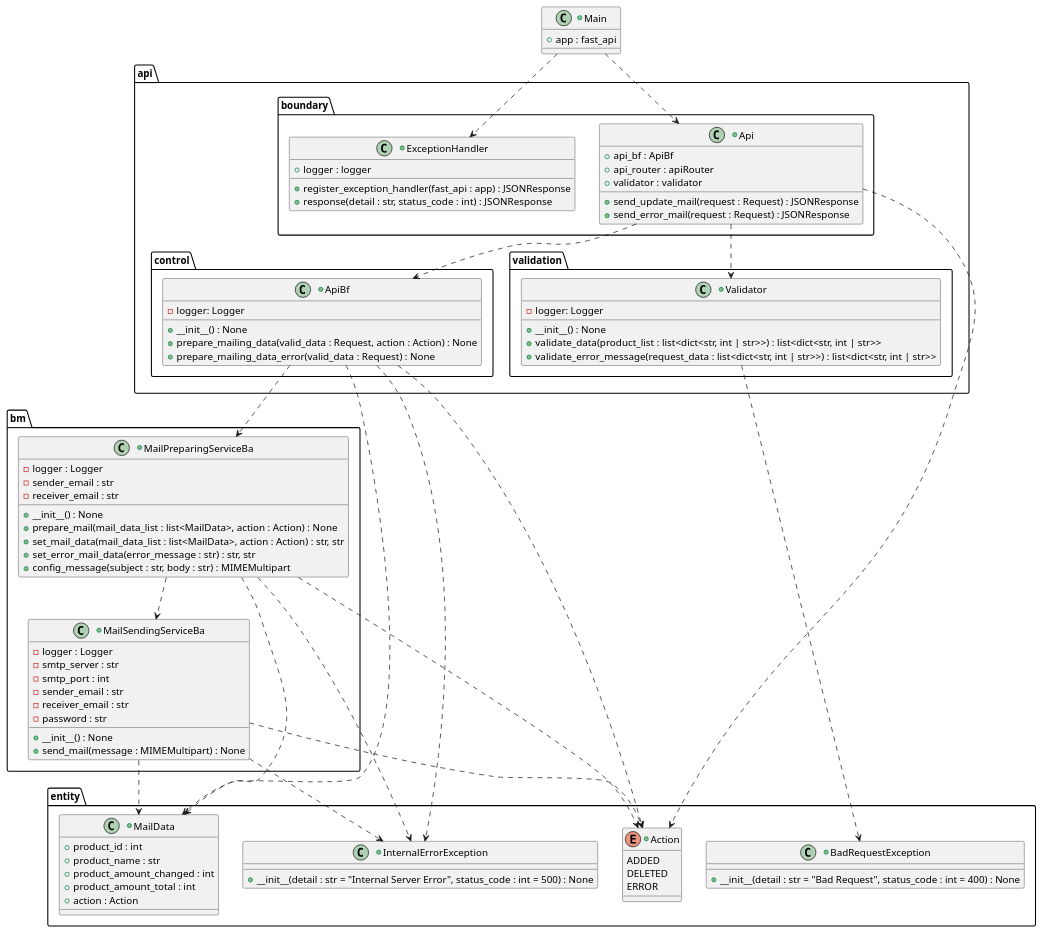
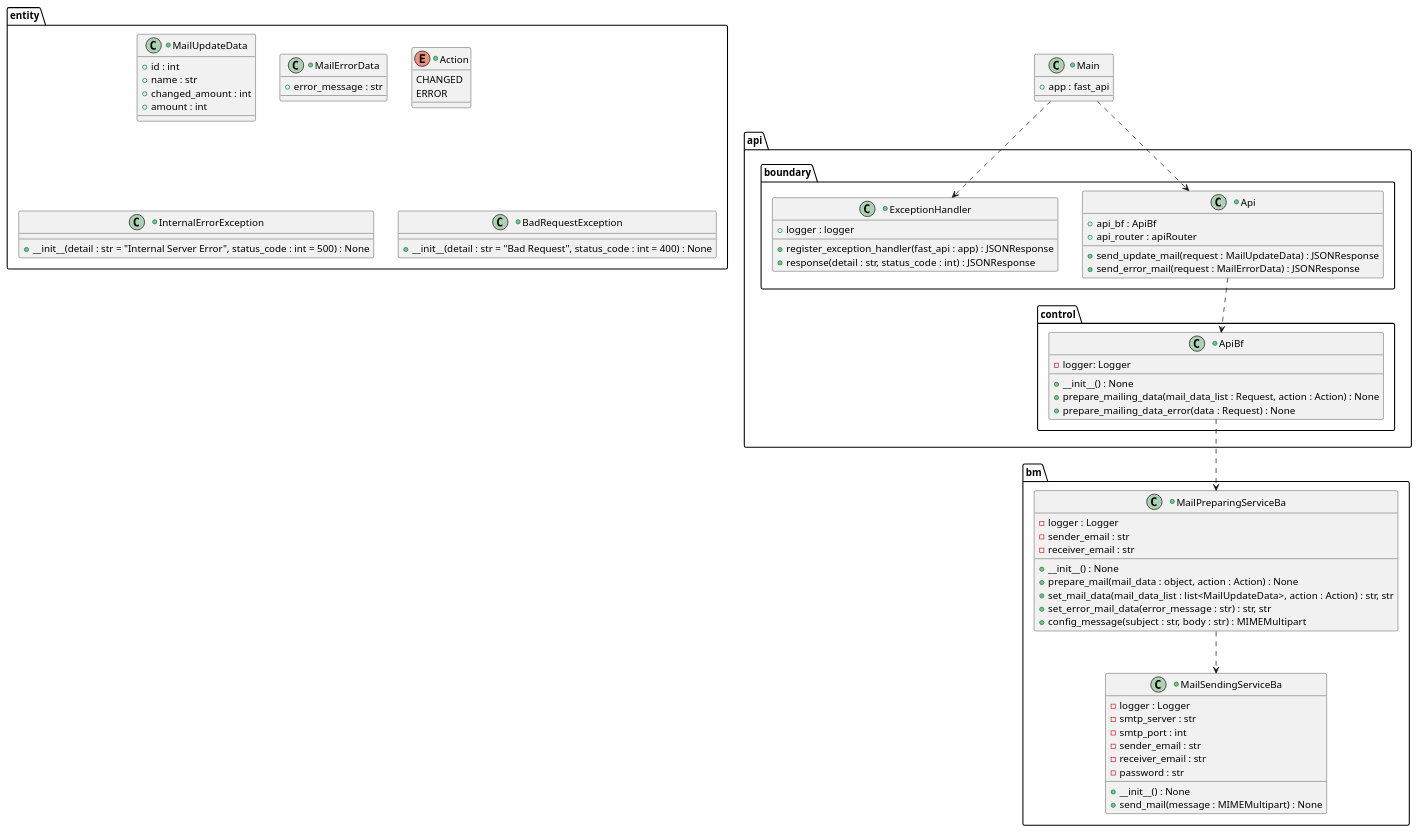
Before and after one commit to Marcey1611/stock-tracker-project-sysad-ws2425: the diagram in doc/documentation/mailingService/classDiagram.puml, drawn with PlantUML.

Commit message:
SYSAD-77: Updated Mailing Service Docu to latest changes

```diff
--- a/doc/documentation/mailingService/classDiagram.puml
+++ b/doc/documentation/mailingService/classDiagram.puml
@@ -1,119 +1,96 @@
 @startuml
 
 package api {
     package boundary {
         +class Api {
             +api_bf : ApiBf
             +api_router : apiRouter
-            +validator : validator
 
-            +send_update_mail(request : Request) : JSONResponse
-            +send_error_mail(request : Request) : JSONResponse
+            +send_update_mail(request : MailUpdateData) : JSONResponse
+            +send_error_mail(request : MailErrorData) : JSONResponse
         }
 
         +class ExceptionHandler {
             +logger : logger
 
             +register_exception_handler(fast_api : app) : JSONResponse
             +response(detail : str, status_code : int) : JSONResponse
         }
     }
 
     package control {
         +class ApiBf {
             - logger: Logger
 
             +__init__() : None
-            +prepare_mailing_data(valid_data : Request, action : Action) : None
-            +prepare_mailing_data_error(valid_data : Request) : None
-        }
-    }
-
-    package validation {
-        +class Validator {
-            - logger: Logger
-
-            + __init__() : None
-            + validate_data(product_list : list<dict<str, int | str>>) : list<dict<str, int | str>>
-            + validate_error_message(request_data : list<dict<str, int | str>>) : list<dict<str, int | str>>
+            +prepare_mailing_data(mail_data_list : Request, action : Action) : None
+            +prepare_mailing_data_error(data : Request) : None
         }
     }
 }
 
 package bm {
     +class MailPreparingServiceBa {
         - logger : Logger
         - sender_email : str
         - receiver_email : str
 
         + __init__() : None
-        + prepare_mail(mail_data_list : list<MailData>, action : Action) : None
-        + set_mail_data(mail_data_list : list<MailData>, action : Action) : str, str
+        + prepare_mail(mail_data : object, action : Action) : None
+        + set_mail_data(mail_data_list : list<MailUpdateData>, action : Action) : str, str
         + set_error_mail_data(error_message : str) : str, str
         + config_message(subject : str, body : str) : MIMEMultipart
     }
     +class MailSendingServiceBa {
         - logger : Logger
         - smtp_server : str
         - smtp_port : int
         - sender_email : str
         - receiver_email : str
         - password : str
 
         + __init__() : None
         + send_mail(message : MIMEMultipart) : None
     }
 }
 
 package entity {
-    +class MailData {
-        + product_id : int
-        + product_name : str
-        + product_amount_changed : int
-        + product_amount_total : int
-        + action : Action
+    +class MailUpdateData {
+        + id : int
+        + name : str
+        + changed_amount : int
+        + amount : int
+    }
+
+    +class MailErrorData {
+        + error_message : str
     }
 
     +enum Action {
-        ADDED
-        DELETED
+        CHANGED
         ERROR
     }
 
     +class InternalErrorException {
         + __init__(detail : str = "Internal Server Error", status_code : int = 500) : None
     }
 
     +class BadRequestException {
         +__init__(detail : str = "Bad Request", status_code : int = 400) : None
     }
 }
 
 +class Main {
     +app : fast_api
 }
 
 Main ..> ExceptionHandler
 Main ..> Api
 
-Api ..> Validator
 Api ..> ApiBf
-Api ..> Action
 
-ApiBf ..> MailData
 ApiBf ..> MailPreparingServiceBa
-ApiBf ..> InternalErrorException
-ApiBf ..> Action
-
-Validator ..> BadRequestException
 
 MailPreparingServiceBa ..> MailSendingServiceBa
-MailPreparingServiceBa ..> Action
-MailPreparingServiceBa ..> InternalErrorException
-MailPreparingServiceBa ..> MailData
-
-MailSendingServiceBa ..> Action
-MailSendingServiceBa ..> InternalErrorException
-MailSendingServiceBa ..> MailData
 
 @enduml
```
